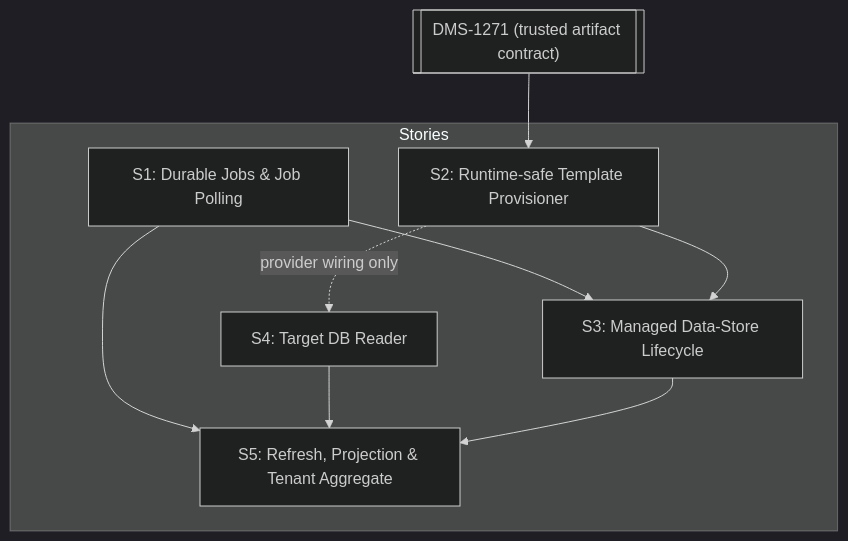
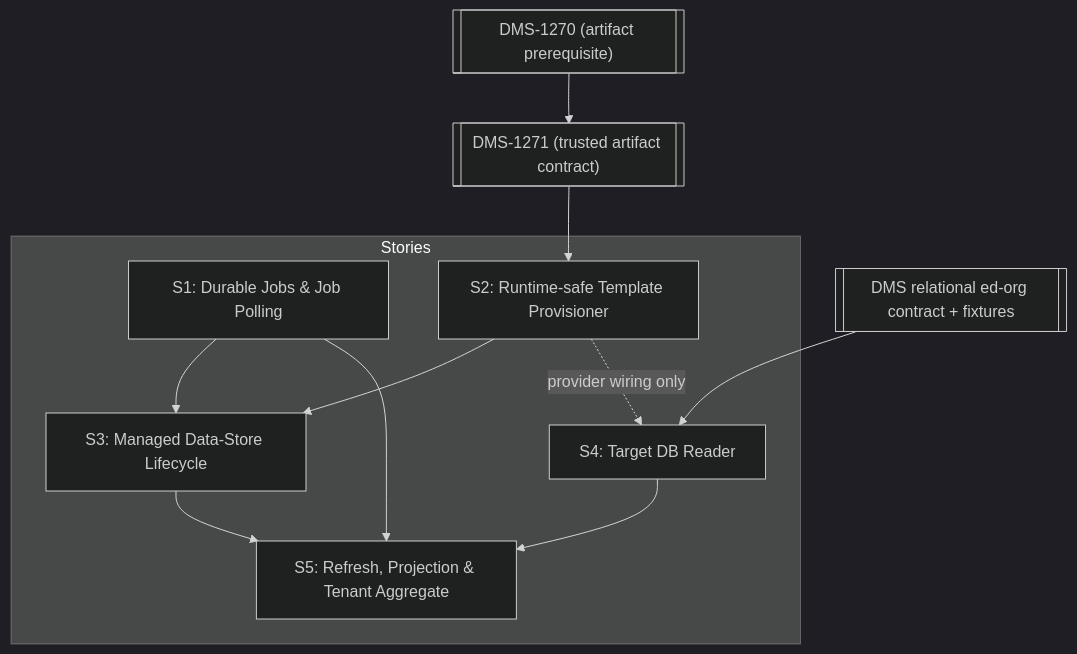
Before and after one commit to Ed-Fi-Alliance-OSS/Data-Management-Service: the diagram in reference/spikes/DMS-1334/candidate-implementation-stories.md, drawn with Mermaid (dark theme). The commit also changed other lines of this file and 1 other file, not shown here.

````diff
--- a/reference/spikes/DMS-1334/candidate-implementation-stories.md
+++ b/reference/spikes/DMS-1334/candidate-implementation-stories.md
@@ -24,22 +22,26 @@
 ```mermaid
 graph TD
  subgraph Stories
   S1["S1: Durable Jobs & Job Polling"]
   S2["S2: Runtime-safe Template Provisioner"]
   S3["S3: Managed Data-Store Lifecycle"]
   S4["S4: Target DB Reader"]
   S5["S5: Refresh, Projection & Tenant Aggregate"]
  end
 
  %% Dependencies
  S1 --> S3
  S2 --> S3
  S2 -.->|provider wiring only| S4
  S1 --> S5
  S4 --> S5
  S3 --> S5
 
- %% Blocker
+ %% Blockers
+ DMS1270[["DMS-1270 (artifact prerequisite)"]]
  DMS1271[["DMS-1271 (trusted artifact contract)"]]
+ DMSCONTRACT[["DMS relational ed-org contract + fixtures"]]
+ DMS1270 --> DMS1271
  DMS1271 --> S2
+ DMSCONTRACT --> S4
 ```
````
